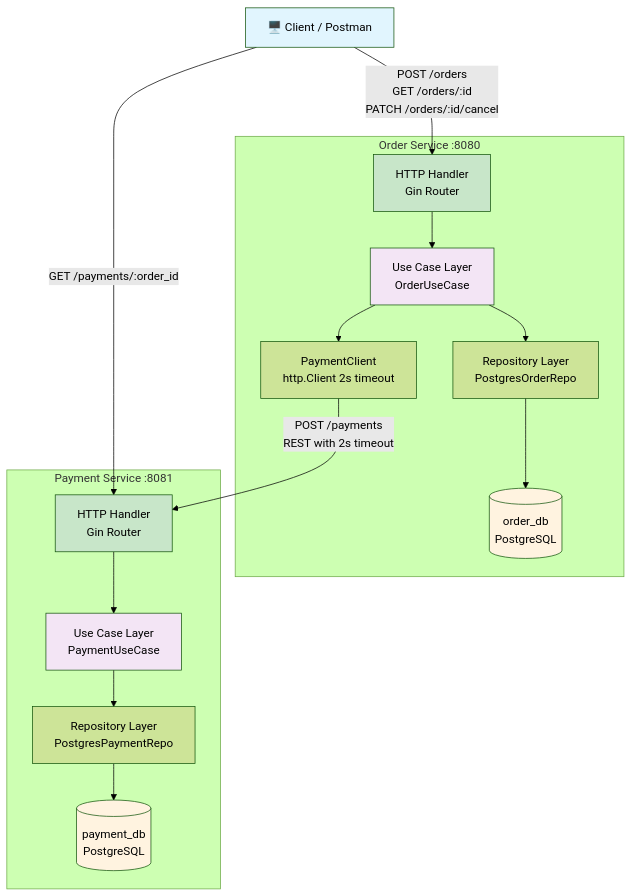
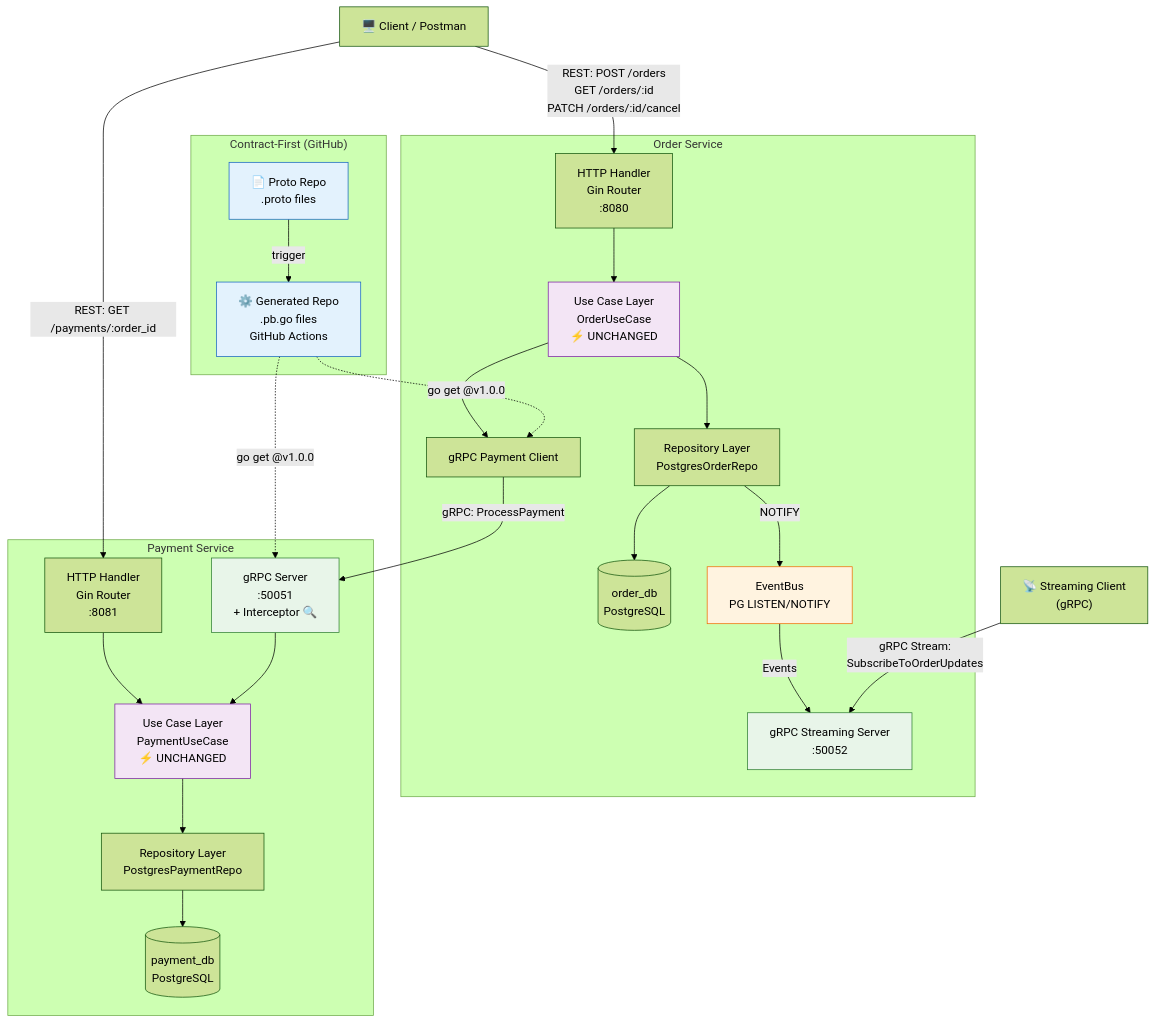
One commit to cybertora/ap2-assignment changed the diagram in README.md. Above: the diagram before and after it, drawn with Mermaid (forest theme). The commit also changed other lines of this file and 31 other files, not shown here.

Commit message:
feat: Assignment 2 - migrate to gRPC + Contract-First + Streaming

````diff
--- a/README.md
+++ b/README.md
@@ -89,40 +43,56 @@
 ```mermaid
 graph TB
-    Client[🖥️ Client / Postman]
-    
-    subgraph "Order Service :8080"
-        OH[HTTP Handler<br/>Gin Router]
-        OUC[Use Case Layer<br/>OrderUseCase]
-        OR[Repository Layer<br/>PostgresOrderRepo]
-        ODB[(order_db<br/>PostgreSQL)]
-        PC[PaymentClient<br/>http.Client 2s timeout]
-        
+    Client["🖥️ Client / Postman"]
+    StreamClient["📡 Streaming Client<br/>(gRPC)"]
+
+    subgraph "Order Service"
+        OH["HTTP Handler<br/>Gin Router<br/>:8080"]
+        OGRPC["gRPC Streaming Server<br/>:50052"]
+        OUC["Use Case Layer<br/>OrderUseCase<br/>⚡ UNCHANGED"]
+        OR["Repository Layer<br/>PostgresOrderRepo"]
+        ODB[("order_db<br/>PostgreSQL")]
+        EB["EventBus<br/>PG LISTEN/NOTIFY"]
+        GPC["gRPC Payment Client"]
+
         OH --> OUC
         OUC --> OR
-        OUC --> PC
+        OUC --> GPC
         OR --> ODB
+        OR -->|"NOTIFY"| EB
+        EB -->|"Events"| OGRPC
     end
-    
-    subgraph "Payment Service :8081"
-        PH[HTTP Handler<br/>Gin Router]
-        PUC[Use Case Layer<br/>PaymentUseCase]
-        PR[Repository Layer<br/>PostgresPaymentRepo]
-        PDB[(payment_db<br/>PostgreSQL)]
-        
+
+    subgraph "Payment Service"
+        PH["HTTP Handler<br/>Gin Router<br/>:8081"]
+        PGRPC["gRPC Server<br/>:50051<br/>+ Interceptor 🔍"]
+        PUC["Use Case Layer<br/>PaymentUseCase<br/>⚡ UNCHANGED"]
+        PR["Repository Layer<br/>PostgresPaymentRepo"]
+        PDB[("payment_db<br/>PostgreSQL")]
+
         PH --> PUC
+        PGRPC --> PUC
         PUC --> PR
         PR --> PDB
     end
-    
-    Client -->|POST /orders<br/>GET /orders/:id<br/>PATCH /orders/:id/cancel| OH
-    Client -->|GET /payments/:order_id| PH
-    PC -->|POST /payments<br/>REST with 2s timeout| PH
-    
-    style Client fill:#e1f5fe
-    style ODB fill:#fff3e0
-    style PDB fill:#fff3e0
-    style OH fill:#c8e6c9
-    style PH fill:#c8e6c9
-    style OUC fill:#f3e5f5
-    style PUC fill:#f3e5f5
+
+    subgraph "Contract-First (GitHub)"
+        PROTO["📄 Proto Repo<br/>.proto files"]
+        GEN["⚙️ Generated Repo<br/>.pb.go files<br/>GitHub Actions"]
+        PROTO -->|"trigger"| GEN
+    end
+
+    Client -->|"REST: POST /orders<br/>GET /orders/:id<br/>PATCH /orders/:id/cancel"| OH
+    Client -->|"REST: GET /payments/:order_id"| PH
+    StreamClient -->|"gRPC Stream:<br/>SubscribeToOrderUpdates"| OGRPC
+    GPC -->|"gRPC: ProcessPayment"| PGRPC
+    GEN -.->|"go get @v1.0.0"| GPC
+    GEN -.->|"go get @v1.0.0"| PGRPC
+
+    style OUC fill:#f3e5f5,stroke:#7b1fa2
+    style PUC fill:#f3e5f5,stroke:#7b1fa2
+    style OGRPC fill:#e8f5e9,stroke:#2e7d32
+    style PGRPC fill:#e8f5e9,stroke:#2e7d32
+    style EB fill:#fff3e0,stroke:#ef6c00
+    style PROTO fill:#e3f2fd,stroke:#1565c0
+    style GEN fill:#e3f2fd,stroke:#1565c0
 ```
````
